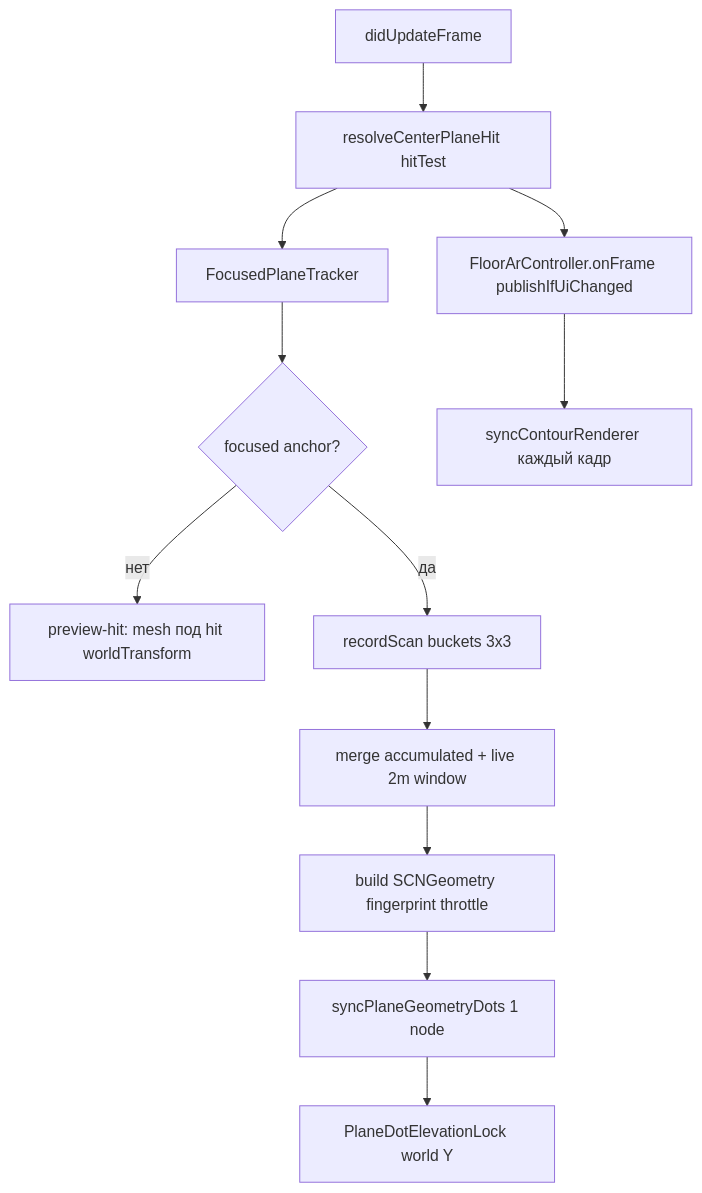
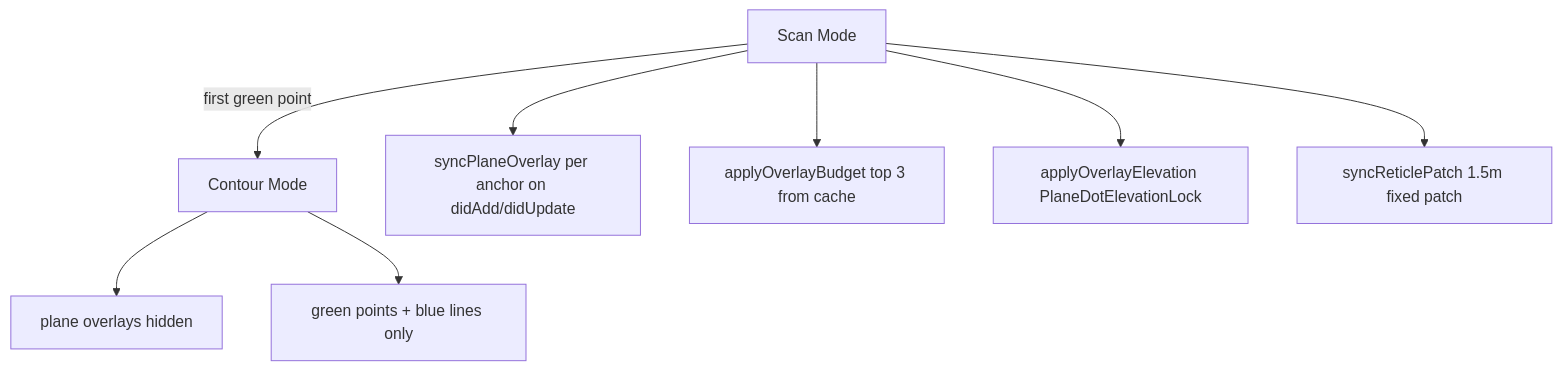
One commit to AlenniBoris/ARPlitochka changed the second of 2 diagrams in docs/SURFACE_DETECTION.md. Above: the diagram before and after it, drawn with Mermaid. The commit also changed other lines of this file and 23 other files, not shown here.

````diff
--- a/docs/SURFACE_DETECTION.md
+++ b/docs/SURFACE_DETECTION.md
@@ -297,14 +300,10 @@
 ```mermaid
 flowchart TD
-    A[didUpdateFrame] --> B[resolveCenterPlaneHit hitTest]
-    B --> C[FocusedPlaneTracker]
-    C --> D{focused anchor?}
-    D -->|нет| E[preview-hit: mesh под hit worldTransform]
-    D -->|да| F[recordScan buckets 3x3]
-    F --> G[merge accumulated + live 2m window]
-    G --> H[build SCNGeometry fingerprint throttle]
-    H --> I[syncPlaneGeometryDots 1 node]
-    I --> J[PlaneDotElevationLock world Y]
-    B --> K[FloorArController.onFrame publishIfUiChanged]
-    K --> L[syncContourRenderer каждый кадр]
+    scan[Scan Mode] -->|first green point| contour[Contour Mode]
+    scan --> planePool[syncPlaneOverlay per anchor on didAdd/didUpdate]
+    scan --> budget[applyOverlayBudget top 3 from cache]
+    scan --> elevation[applyOverlayElevation PlaneDotElevationLock]
+    scan --> reticlePatch[syncReticlePatch 1.5m fixed patch]
+    contour --> hideSurface[plane overlays hidden]
+    contour --> contourOnly[green points + blue lines only]
 ```
````
